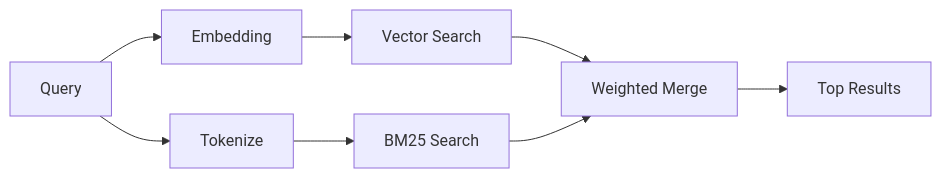
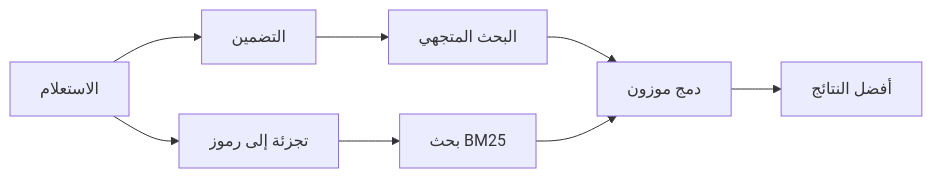
The diagram in docs/ar/concepts/memory-search.md (Ghadi-DMS/docs-mySpace), drawn with Mermaid before and after one commit. The commit also changed other lines of this file and 10 other files, not shown here.

````diff
--- a/docs/ar/concepts/memory-search.md
+++ b/docs/ar/concepts/memory-search.md
@@ -59,10 +59,10 @@
 ```mermaid
 flowchart LR
-    Q["Query"] --> E["Embedding"]
-    Q --> T["Tokenize"]
-    E --> VS["Vector Search"]
-    T --> BM["BM25 Search"]
-    VS --> M["Weighted Merge"]
+    Q["الاستعلام"] --> E["التضمين"]
+    Q --> T["تجزئة إلى رموز"]
+    E --> VS["البحث المتجهي"]
+    T --> BM["بحث BM25"]
+    VS --> M["دمج موزون"]
     BM --> M
-    M --> R["Top Results"]
+    M --> R["أفضل النتائج"]
 ```
````
